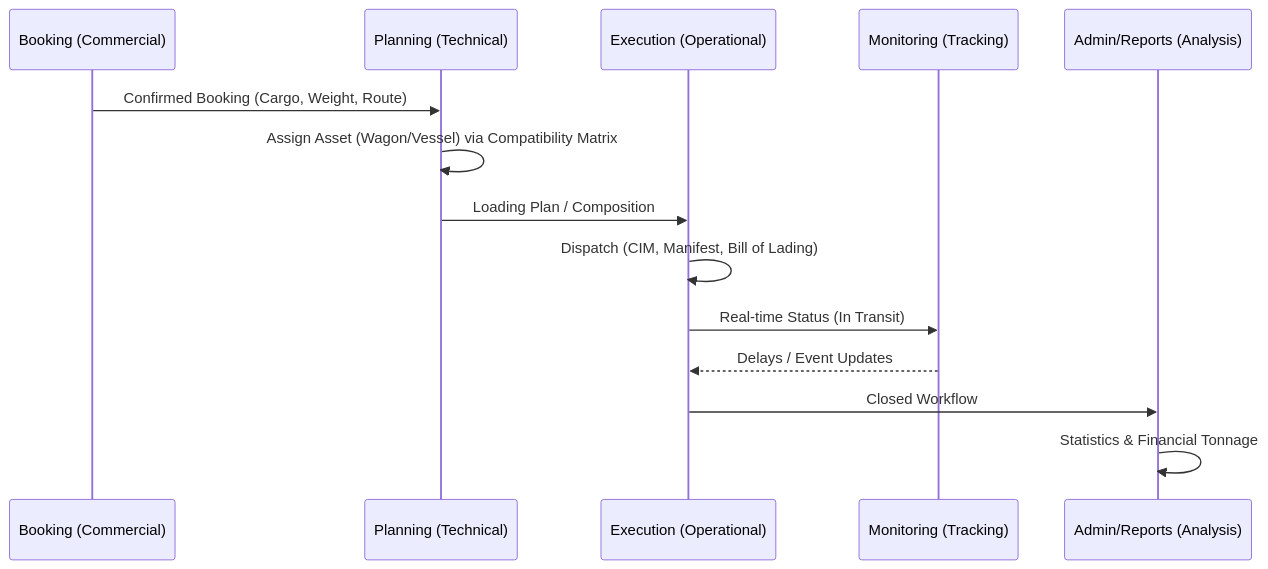
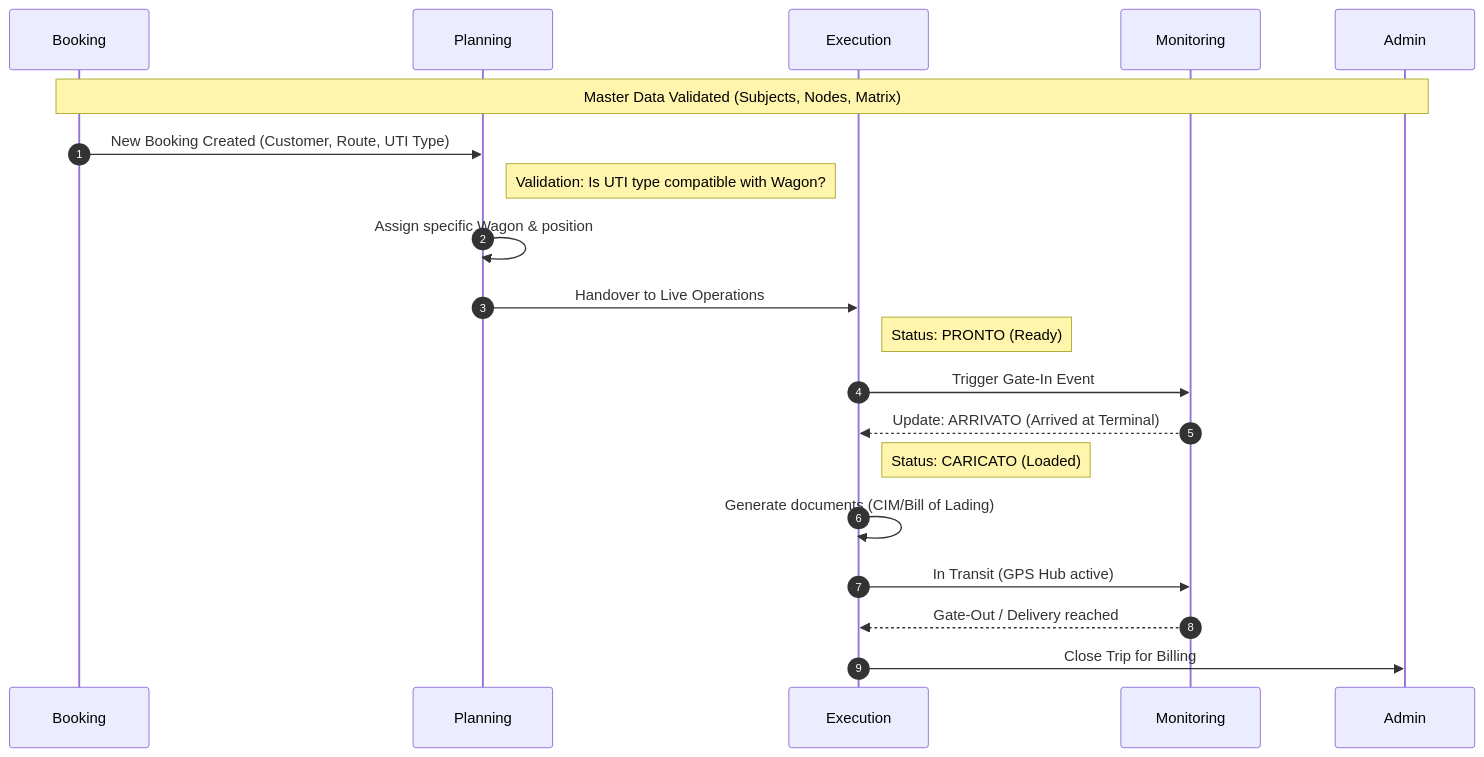
One commit to wavecentric/docs changed the first of 3 diagrams in magemo/connectivity.mdx. Above: the diagram before and after it, drawn with Mermaid. The commit also changed other lines of this file and 12 other files, not shown here.

````diff
--- a/magemo/connectivity.mdx
+++ b/magemo/connectivity.mdx
@@ -10,17 +10,23 @@
 ```mermaid
 sequenceDiagram
-    participant B as Booking (Commercial)
-    participant P as Planning (Technical)
-    participant E as Execution (Operational)
-    participant M as Monitoring (Tracking)
-    participant R as Admin/Reports (Analysis)
+    autonumber
+    participant B as Booking
+    participant P as Planning
+    participant E as Execution
+    participant M as Monitoring
+    participant A as Admin
 
-    B->>P: Confirmed Booking (Cargo, Weight, Route)
-    P->>P: Assign Asset (Wagon/Vessel) via Compatibility Matrix
-    P->>E: Loading Plan / Composition
-    E->>E: Dispatch (CIM, Manifest, Bill of Lading)
-    E->>M: Real-time Status (In Transit)
-    M-->>E: Delays / Event Updates
-    E->>R: Closed Workflow
-    R->>R: Statistics & Financial Tonnage
+    Note over B, A: Master Data Validated (Subjects, Nodes, Matrix)
+    B->>P: New Booking Created (Customer, Route, UTI Type)
+    Note right of P: Validation: Is UTI type compatible with Wagon?
+    P->>P: Assign specific Wagon & position
+    P->>E: Handover to Live Operations
+    Note right of E: Status: PRONTO (Ready)
+    E->>M: Trigger Gate-In Event
+    M-->>E: Update: ARRIVATO (Arrived at Terminal)
+    Note right of E: Status: CARICATO (Loaded)
+    E->>E: Generate documents (CIM/Bill of Lading)
+    E->>M: In Transit (GPS Hub active)
+    M-->>E: Gate-Out / Delivery reached
+    E->>A: Close Trip for Billing
 ```
````
